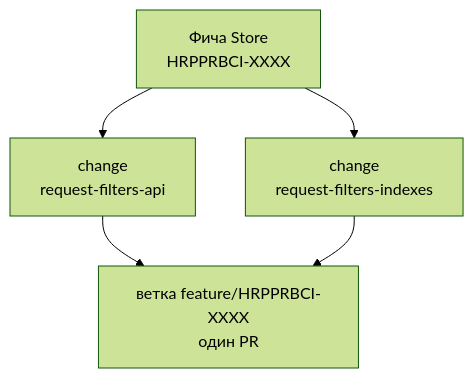
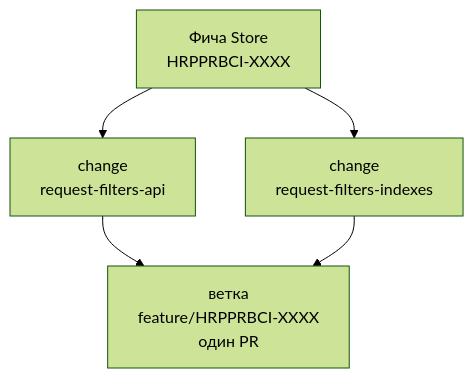
The third of 4 diagrams in OpenSpec/cases/Sber/03-Кодовые-репозитории.md (DanielUsov/SDD-Cookbook), drawn with Mermaid (forest theme) before and after one commit. The commit also changed other lines of this file and 21 other files, not shown here.

````diff
--- a/OpenSpec/cases/Sber/03-Кодовые-репозитории.md
+++ b/OpenSpec/cases/Sber/03-Кодовые-репозитории.md
@@ -131,7 +131,7 @@
 ```mermaid
 flowchart TB
     F["Фича Store<br/>HRPPRBCI-XXXX"] --> C1["change<br/>request-filters-api"]
     F --> C2["change<br/>request-filters-indexes"]
-    C1 --> B["ветка feature/HRPPRBCI-XXXX<br/>один PR"]
+    C1 --> B["ветка<br/>feature/HRPPRBCI-XXXX<br/>один PR"]
     C2 --> B
 ```
````
